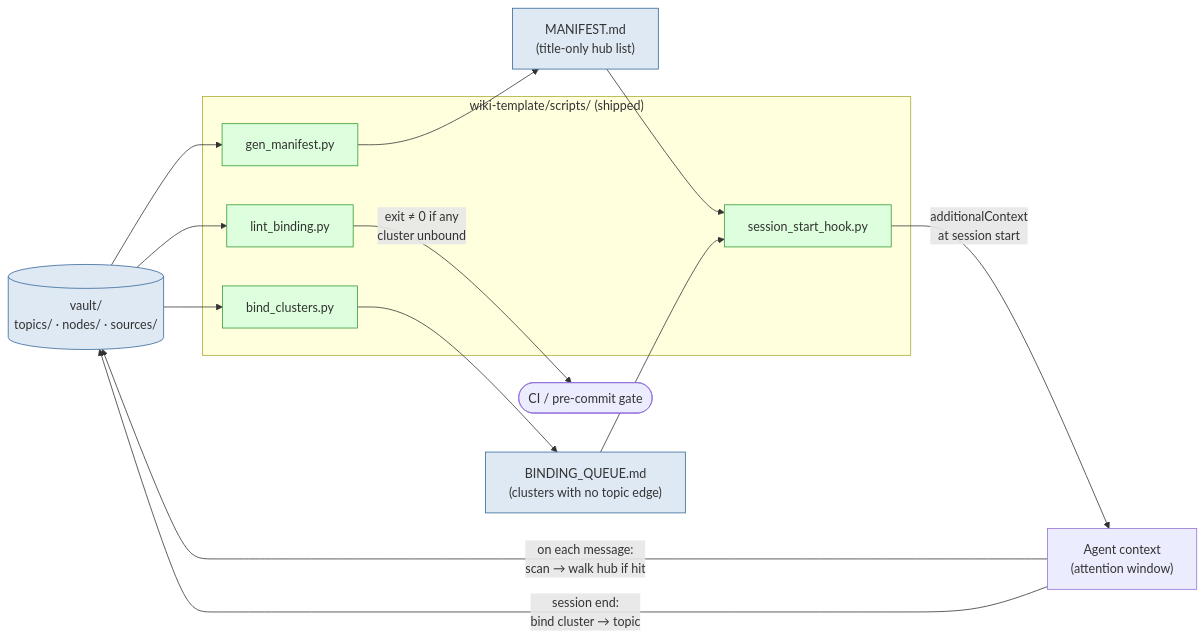
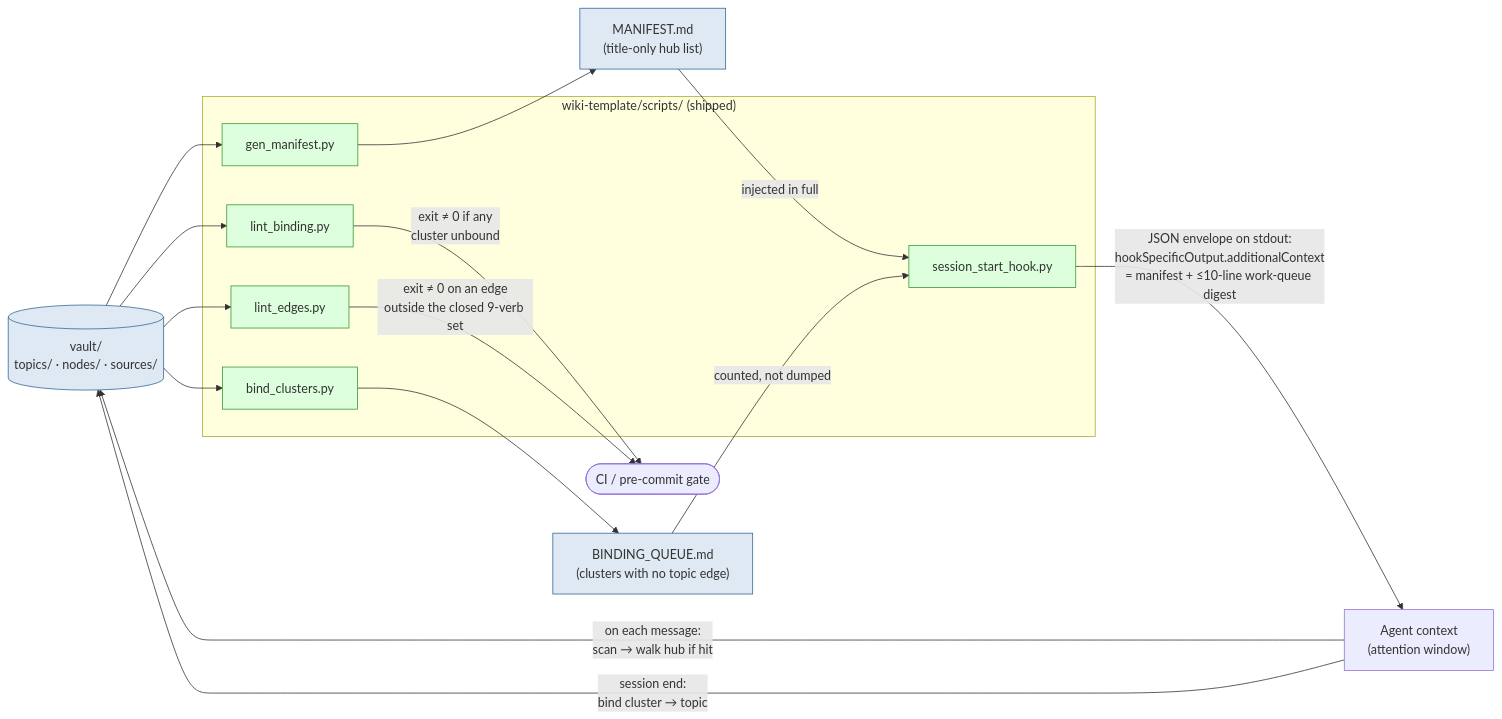
The third of 3 diagrams in docs/REPO-MAP.md (FRBio-maker/hive-mind-os), drawn with Mermaid before and after one commit. The commit also changed other lines of this file and 1 other file, not shown here.

First line of the commit message:
docs: audit all 11 mermaid diagrams against current doctrine; fix 2 that never rendered

````diff
--- a/docs/REPO-MAP.md
+++ b/docs/REPO-MAP.md
@@ -215,26 +225,28 @@
 ```mermaid
 flowchart LR
     Vault[("vault/<br/>topics/ · nodes/ · sources/")]
 
     subgraph SCRIPTS["wiki-template/scripts/ (shipped)"]
         GEN["gen_manifest.py"]
         BIND["bind_clusters.py"]
         HOOK["session_start_hook.py"]
         LINT["lint_binding.py"]
+        ELINT["lint_edges.py"]
     end
 
     Vault --> GEN --> MAN["MANIFEST.md<br/>(title-only hub list)"]
     Vault --> BIND --> BQ["BINDING_QUEUE.md<br/>(clusters with no topic edge)"]
-    MAN --> HOOK
-    BQ --> HOOK
-    HOOK -->|"additionalContext<br/>at session start"| AGENT["Agent context<br/>(attention window)"]
+    MAN -->|"injected in full"| HOOK
+    BQ -->|"counted, not dumped"| HOOK
+    HOOK -->|"JSON envelope on stdout:<br/>hookSpecificOutput.additionalContext<br/>= manifest + ≤10-line work-queue digest"| AGENT["Agent context<br/>(attention window)"]
 
     AGENT -->|"on each message:<br/>scan → walk hub if hit"| Vault
     AGENT -->|"session end:<br/>bind cluster → topic"| Vault
     Vault --> LINT -->|"exit ≠ 0 if any<br/>cluster unbound"| CI([CI / pre-commit gate])
+    Vault --> ELINT -->|"exit ≠ 0 on an edge<br/>outside the closed 9-verb set"| CI
 
     classDef store fill:#dfe9f3,stroke:#369
     classDef gen fill:#dfd,stroke:#393
     class Vault,MAN,BQ store
-    class GEN,BIND,HOOK,LINT gen
+    class GEN,BIND,HOOK,LINT,ELINT gen
 ```
````
